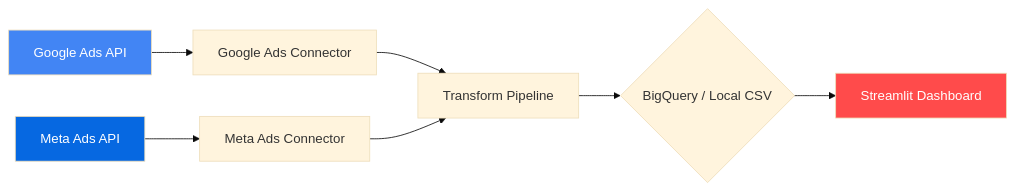
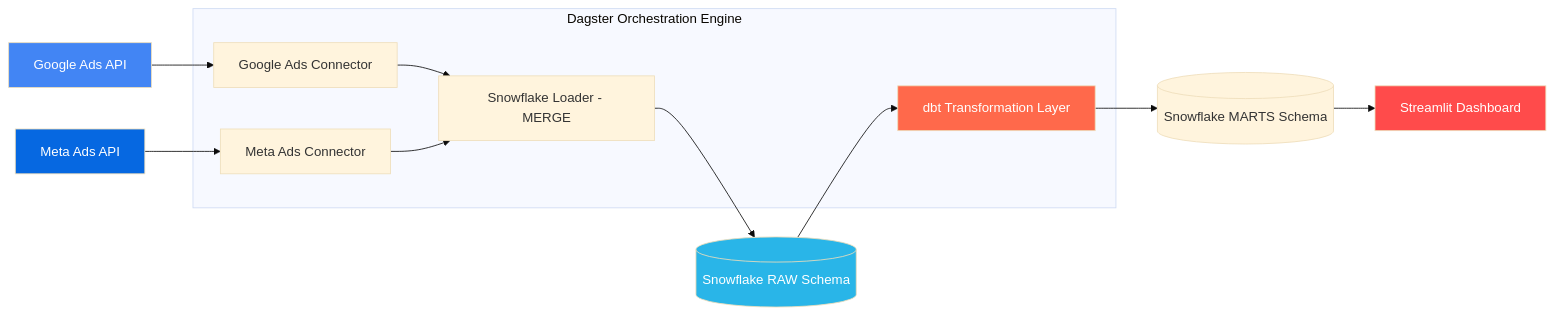
Before and after one commit to ShariqO/ad-performance-dashboard: the diagram in README.md, drawn with Mermaid (base theme). The commit also changed other lines of this file and 48 other files, not shown here.

First line of the commit message:
docs: rewrite README for Snowflake, dbt, Dagster stack & add resume summary

````diff
--- a/README.md
+++ b/README.md
@@ -14,13 +27,24 @@
 ```mermaid
 graph LR
     A[Google Ads API] --> C[Google Ads Connector]
     B[Meta Ads API] --> D[Meta Ads Connector]
-    C --> E[Transform Pipeline]
+    C --> E[Snowflake Loader - MERGE]
     D --> E
-    E --> F{BigQuery / Local CSV}
-    F --> G[Streamlit Dashboard]
+    E --> F[(Snowflake RAW Schema)]
+    F --> G[dbt Transformation Layer]
+    G --> H[(Snowflake MARTS Schema)]
+    H --> I[Streamlit Dashboard]
+
+    subgraph Dagster Orchestration Engine
+        C
+        D
+        E
+        G
+    end
 
     style A fill:#4285F4,color:#fff
     style B fill:#0668E1,color:#fff
-    style G fill:#FF4B4B,color:#fff
+    style F fill:#29B5E8,color:#fff
+    style G fill:#FF694B,color:#fff
+    style I fill:#FF4B4B,color:#fff
 ```
````
